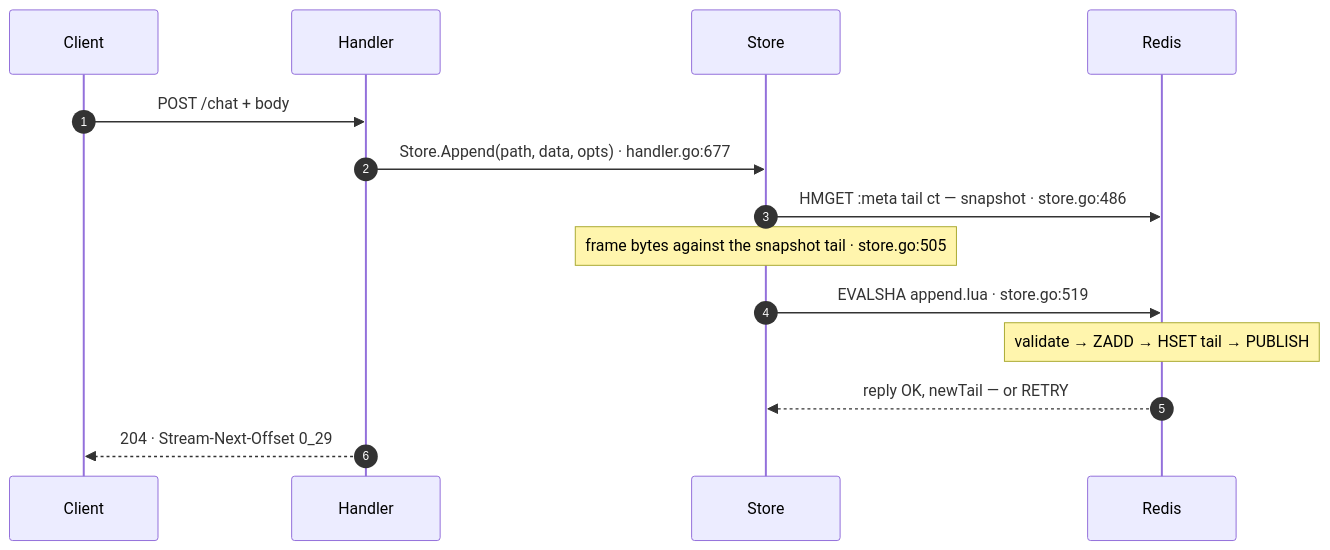
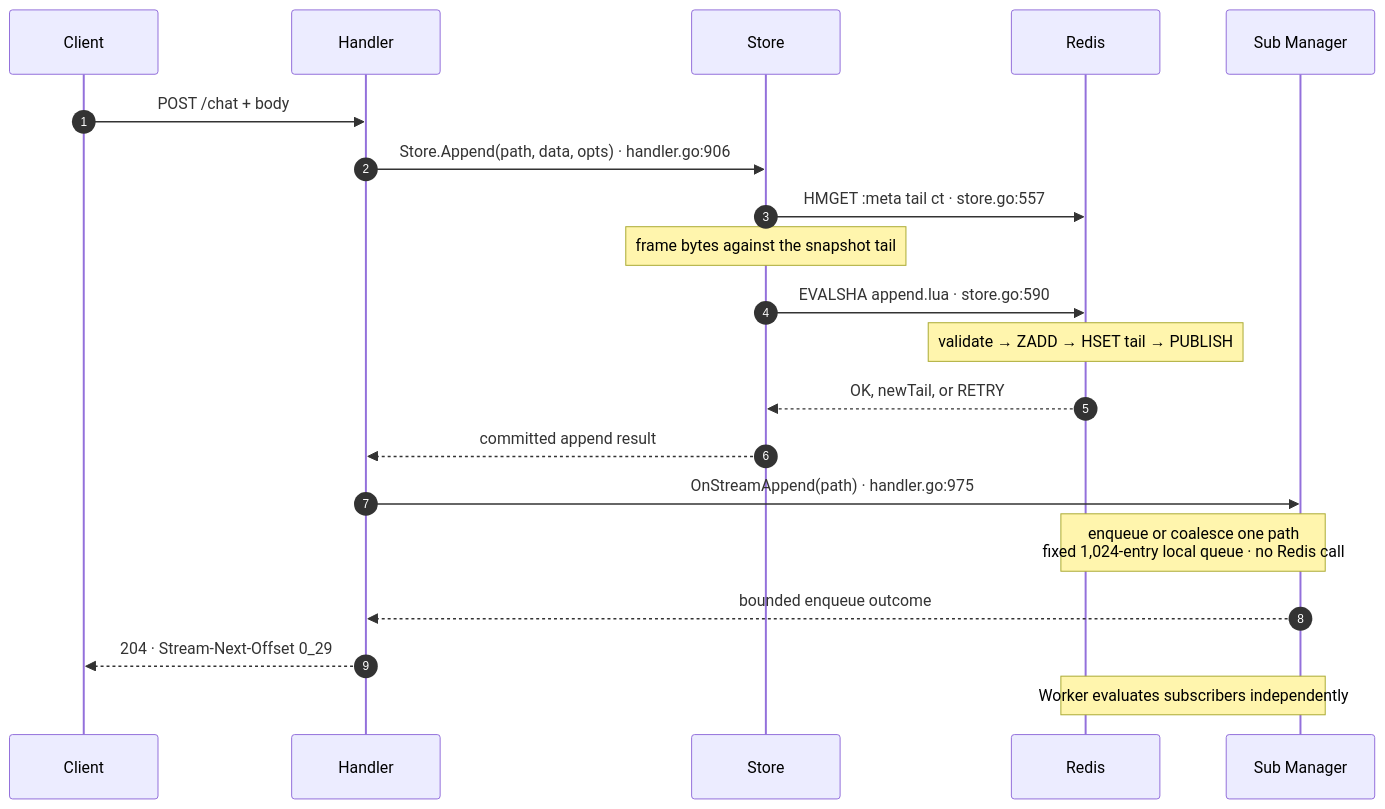
Before and after one commit to adityavkk/chronicle: the diagram in docs-site/diagrams/seq-append.mmd, drawn with Mermaid. The commit also changed 30 other files, not shown here.

```diff
--- a/docs-site/diagrams/seq-append.mmd
+++ b/docs-site/diagrams/seq-append.mmd
@@ -1,14 +1,20 @@
 sequenceDiagram
     autonumber
     participant C as Client
     participant H as Handler
     participant S as Store
     participant R as Redis
+    participant M as Sub Manager
     C->>H: POST /chat + body
-    H->>S: Store.Append(path, data, opts) · handler.go:677
-    S->>R: HMGET :meta tail ct — snapshot · store.go:486
-    Note over S: frame bytes against the snapshot tail · store.go:505
-    S->>R: EVALSHA append.lua · store.go:519
+    H->>S: Store.Append(path, data, opts) · handler.go:906
+    S->>R: HMGET :meta tail ct · store.go:557
+    Note over S: frame bytes against the snapshot tail
+    S->>R: EVALSHA append.lua · store.go:590
     Note over R: validate → ZADD → HSET tail → PUBLISH
-    R-->>S: reply OK, newTail — or RETRY
+    R-->>S: OK, newTail, or RETRY
+    S-->>H: committed append result
+    H->>M: OnStreamAppend(path) · handler.go:975
+    Note over R,M: enqueue or coalesce one path<br/>fixed 1,024-entry local queue · no Redis call
+    M-->>H: bounded enqueue outcome
     H-->>C: 204 · Stream-Next-Offset 0_29
+    Note over R,M: Worker evaluates subscribers independently
```
